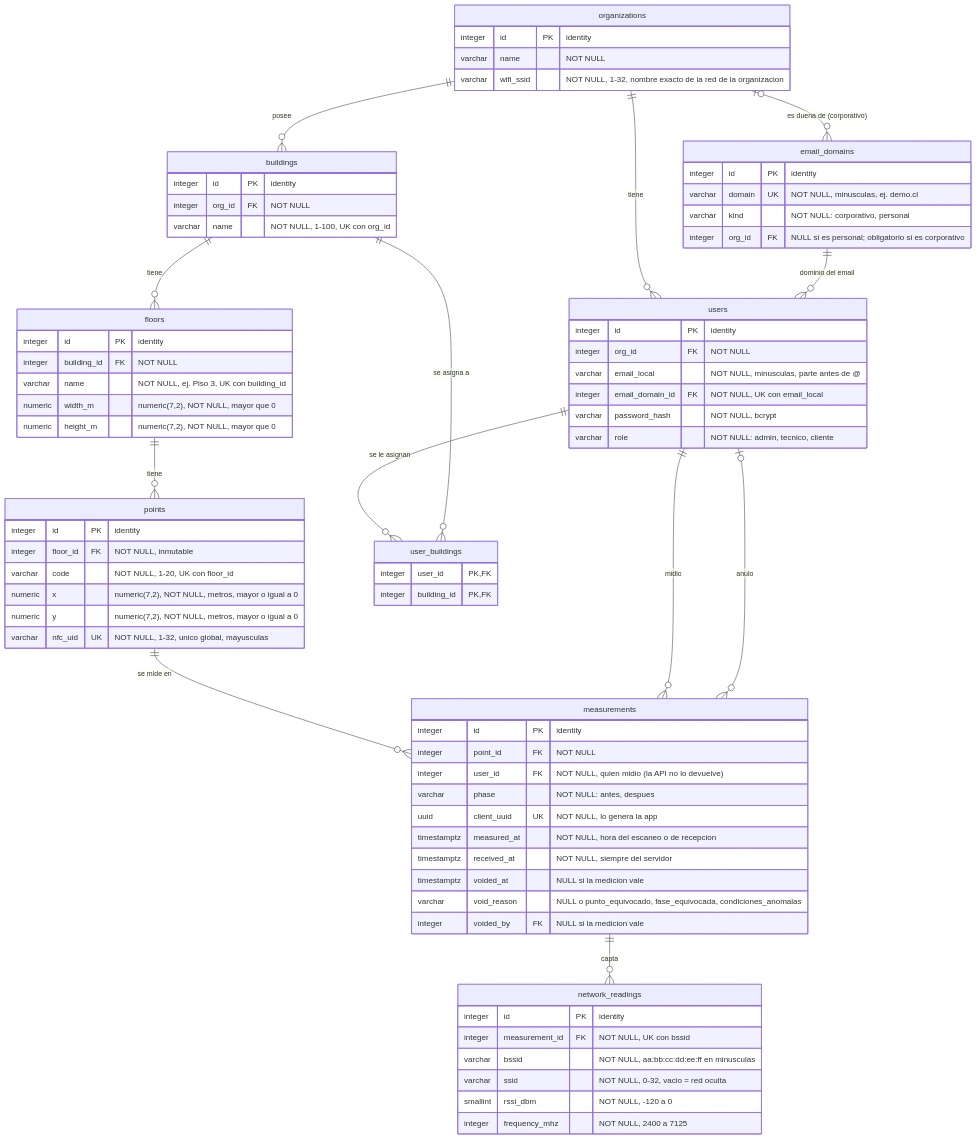
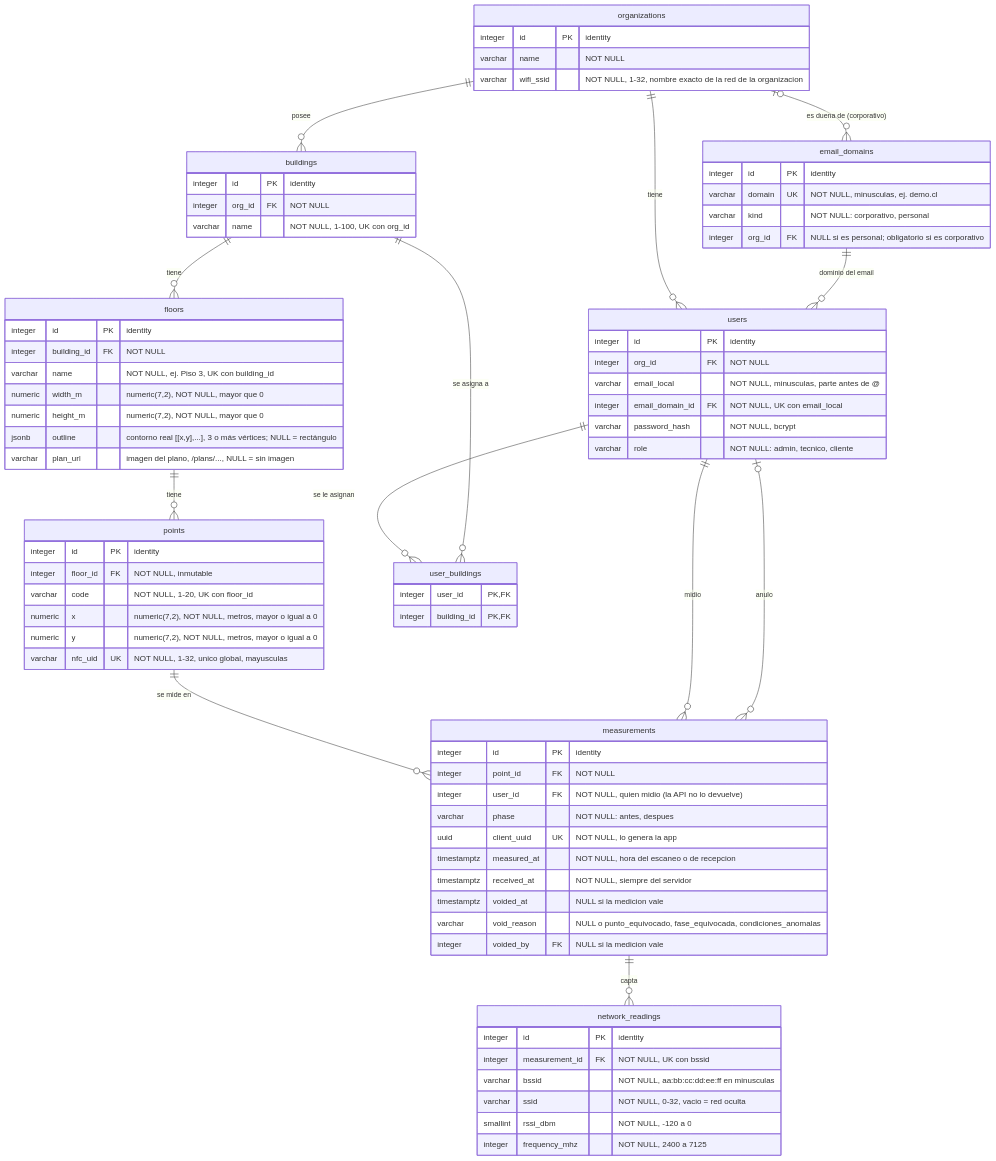
One commit to Signali/MapeoWifiSignal changed the diagram in db/er-diagram.md. Above: the diagram before and after it, drawn with Mermaid. The commit also changed 25 other files, not shown here.

First line of the commit message:
API: rutas 19 a 21, mapa de calor, emisores y recomendación, con contorno real del piso (N2, N3) (#27)

```diff
--- a/db/er-diagram.md
+++ b/db/er-diagram.md
@@ -54,6 +54,8 @@
         varchar name "NOT NULL, ej. Piso 3, UK con building_id"
         numeric width_m "numeric(7,2), NOT NULL, mayor que 0"
         numeric height_m "numeric(7,2), NOT NULL, mayor que 0"
+        jsonb outline "contorno real [[x,y],...], 3 o más vértices; NULL = rectángulo"
+        varchar plan_url "imagen del plano, /plans/..., NULL = sin imagen"
     }
 
     points {
```
